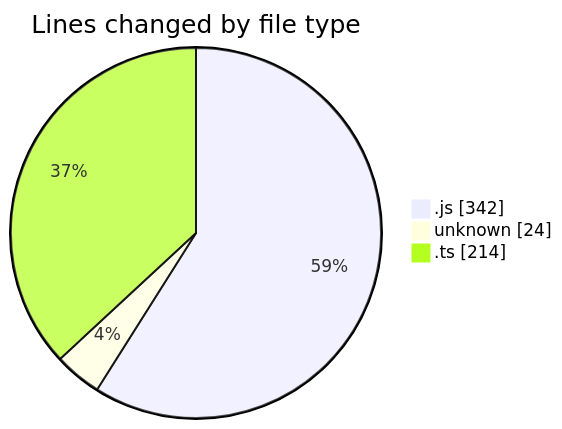
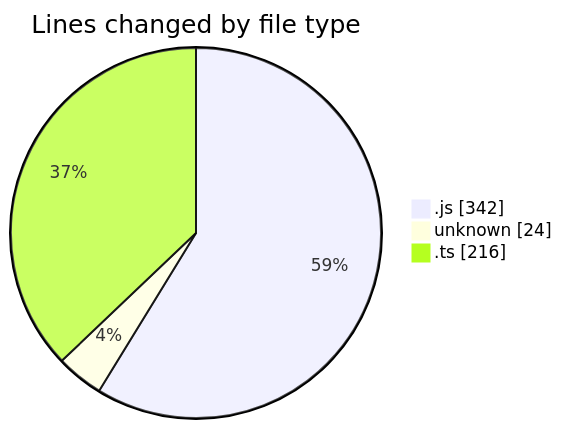
One commit to momahboobian/code-tracking changed the first of 2 diagrams in 2025-02-05/cda/README.md. Above: the diagram before and after it, drawn with Mermaid. The commit also changed other lines of this file and 1 other file, not shown here.

````diff
--- a/2025-02-05/cda/README.md
+++ b/2025-02-05/cda/README.md
@@ -28,7 +28,7 @@
 ```mermaid
 pie showData
 title Lines changed by file type
 ".js" : 342
 "unknown" : 24
-".ts" : 214
+".ts" : 216
 ```
````
